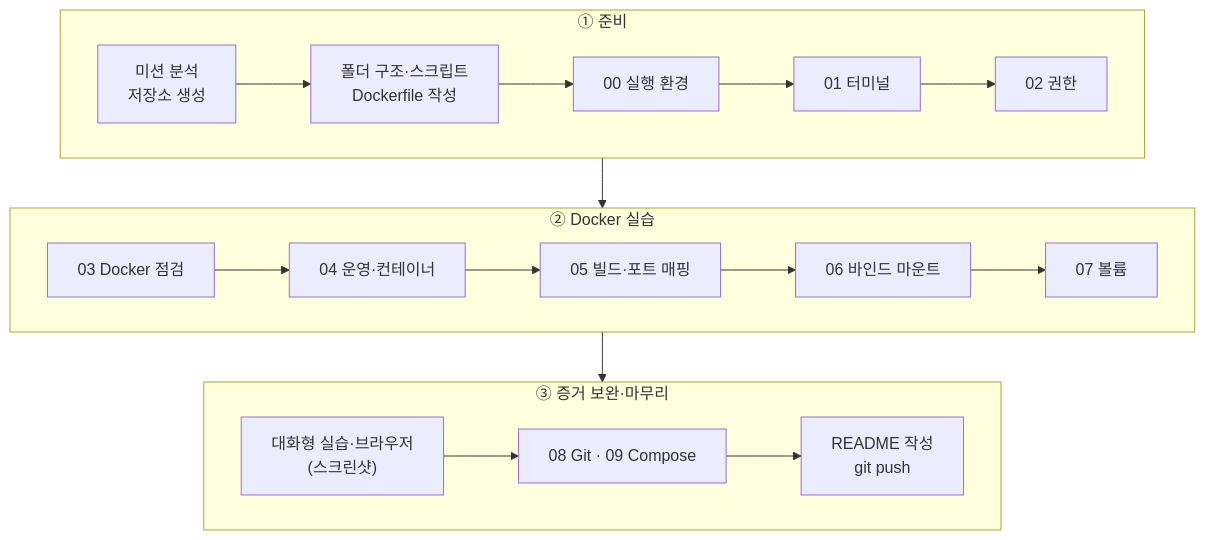
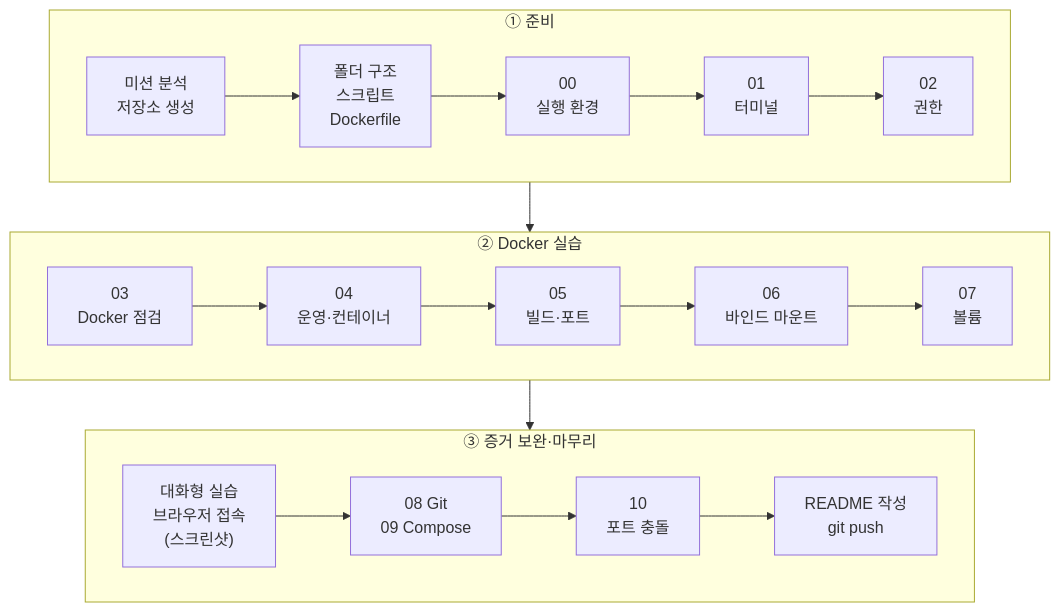
Before and after one commit to ilililililil4319/E1-1: the first of 3 diagrams in README.md, drawn with Mermaid. The commit also changed other lines of this file and 7 other files, not shown here.

````diff
--- a/README.md
+++ b/README.md
@@ -374,16 +374,16 @@
 ```mermaid
 flowchart TB
     subgraph R1["① 준비"]
         direction LR
-        A["미션 분석<br/>저장소 생성"] --> B["폴더 구조·스크립트<br/>Dockerfile 작성"] --> C["00 실행 환경"] --> D["01 터미널"] --> E["02 권한"]
+        A["미션 분석<br/>저장소 생성"] --> B["폴더 구조<br/>스크립트<br/>Dockerfile"] --> C["00<br/>실행 환경"] --> D["01<br/>터미널"] --> E["02<br/>권한"]
     end
     subgraph R2["② Docker 실습"]
         direction LR
-        F["03 Docker 점검"] --> G["04 운영·컨테이너"] --> H["05 빌드·포트 매핑"] --> I["06 바인드 마운트"] --> J["07 볼륨"]
+        F["03<br/>Docker 점검"] --> G["04<br/>운영·컨테이너"] --> H["05<br/>빌드·포트"] --> I["06<br/>바인드 마운트"] --> J["07<br/>볼륨"]
     end
     subgraph R3["③ 증거 보완·마무리"]
         direction LR
-        K["대화형 실습·브라우저<br/>(스크린샷)"] --> L["08 Git · 09 Compose"] --> M["README 작성<br/>git push"]
+        K["대화형 실습<br/>브라우저 접속<br/>(스크린샷)"] --> L["08 Git<br/>09 Compose"] --> P["10<br/>포트 충돌"] --> M["README 작성<br/>git push"]
     end
     R1 --> R2 --> R3
 ```
````
